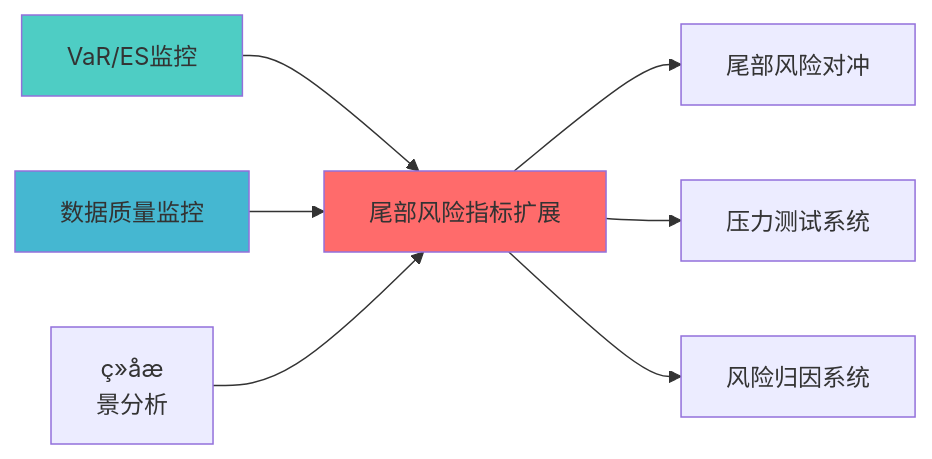
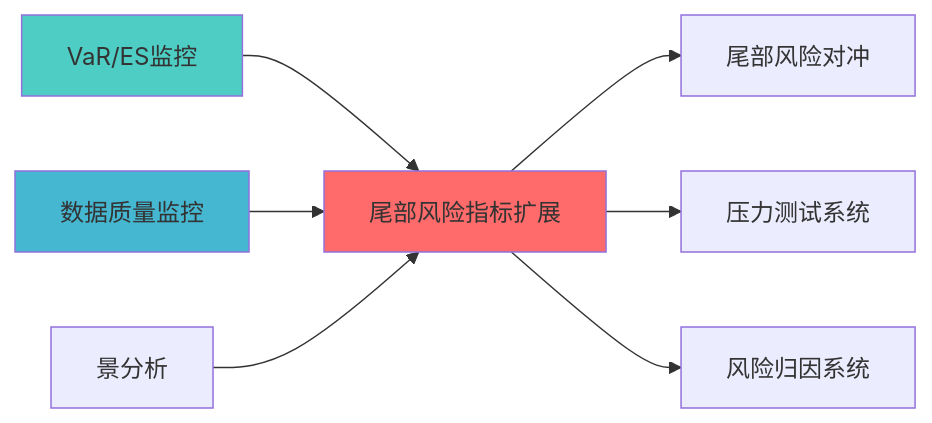
Before and after one commit to xuanFelixVan/ZephyrAlpha: the diagram in docs/05_IMPLEMENTATION/06_CONSTRUCTION_DOCS/01_BLUEPRINTS/TAIL_RISK_METRICS_EXTENSION_BLUEPRINT.md, drawn with Mermaid. The commit also changed other lines of this file and 587 other files, not shown here.

````diff
--- a/docs/05_IMPLEMENTATION/06_CONSTRUCTION_DOCS/01_BLUEPRINTS/TAIL_RISK_METRICS_EXTENSION_BLUEPRINT.md
+++ b/docs/05_IMPLEMENTATION/06_CONSTRUCTION_DOCS/01_BLUEPRINTS/TAIL_RISK_METRICS_EXTENSION_BLUEPRINT.md
@@ -209,15 +207,15 @@
 ```mermaid
 graph LR
     A[VaR/ES监控] --> B[尾部风险指标扩展]
     C[数据质量监控] --> B
-    D[ç»åæ
+D[
 景分析] --> B
     
     B --> E[尾部风险对冲]
     B --> F[压力测试系统]
     B --> G[风险归因系统]
     
     style B fill:#ff6b6b
     style A fill:#4ecdc4
     style C fill:#45b7d1
 ```
````
